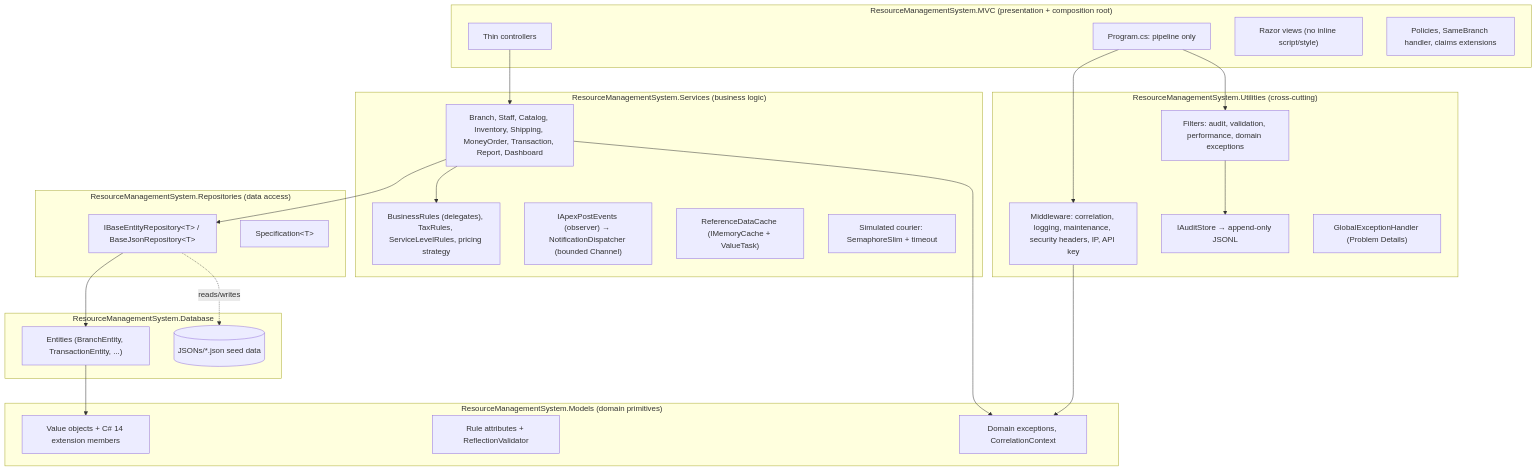
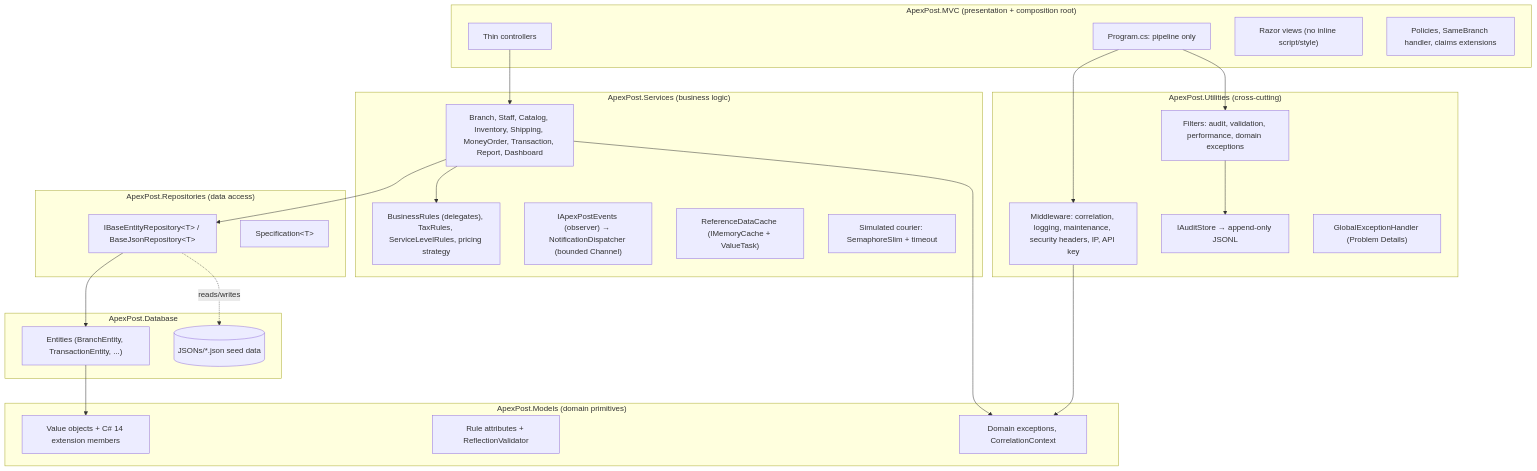
One commit to ashutoshgubreleag/ResourceManagementSystem_Assignment1 changed the first of 3 diagrams in DESIGN.md. Above: the diagram before and after it, drawn with Mermaid. The commit also changed other lines of this file and 410 other files, not shown here.

First line of the commit message:
refactor: rename layer projects to ApexPost.* and remove Week 1 leftovers

````diff
--- a/DESIGN.md
+++ b/DESIGN.md
@@ -49,47 +49,47 @@
 ```mermaid
 flowchart TB
-    subgraph Presentation["ResourceManagementSystem.MVC (presentation + composition root)"]
+    subgraph Presentation["ApexPost.MVC (presentation + composition root)"]
         Program["Program.cs: pipeline only"]
         Controllers["Thin controllers"]
         Views["Razor views (no inline script/style)"]
         Security["Policies, SameBranch handler, claims extensions"]
     end
-    subgraph CrossCutting["ResourceManagementSystem.Utilities (cross-cutting)"]
+    subgraph CrossCutting["ApexPost.Utilities (cross-cutting)"]
         Middleware["Middleware: correlation, logging, maintenance, security headers, IP, API key"]
         Filters["Filters: audit, validation, performance, domain exceptions"]
         Audit["IAuditStore → append-only JSONL"]
         ExHandler["GlobalExceptionHandler (Problem Details)"]
     end
-    subgraph Business["ResourceManagementSystem.Services (business logic)"]
+    subgraph Business["ApexPost.Services (business logic)"]
         Svc["Branch, Staff, Catalog, Inventory, Shipping, MoneyOrder, Transaction, Report, Dashboard"]
         Rules["BusinessRules (delegates), TaxRules, ServiceLevelRules, pricing strategy"]
         Events["IApexPostEvents (observer) → NotificationDispatcher (bounded Channel)"]
         Cache["ReferenceDataCache (IMemoryCache + ValueTask)"]
         Courier["Simulated courier: SemaphoreSlim + timeout"]
     end
-    subgraph Data["ResourceManagementSystem.Repositories (data access)"]
+    subgraph Data["ApexPost.Repositories (data access)"]
         Repo["IBaseEntityRepository&lt;T&gt; / BaseJsonRepository&lt;T&gt;"]
         Spec["Specification&lt;T&gt;"]
     end
-    subgraph Persistence["ResourceManagementSystem.Database"]
+    subgraph Persistence["ApexPost.Database"]
         Entities["Entities (BranchEntity, TransactionEntity, ...)"]
         Seed[("JSONs/*.json seed data")]
     end
-    subgraph Primitives["ResourceManagementSystem.Models (domain primitives)"]
+    subgraph Primitives["ApexPost.Models (domain primitives)"]
         VO["Value objects + C# 14 extension members"]
         Val["Rule attributes + ReflectionValidator"]
         Ex["Domain exceptions, CorrelationContext"]
     end
 
     Controllers --> Svc
     Program --> Middleware
     Program --> Filters
     Svc --> Repo
     Svc --> Rules
     Repo --> Entities
     Entities --> VO
     Filters --> Audit
     Middleware --> Ex
     Svc --> Ex
     Repo -.reads/writes.-> Seed
 ```
````
